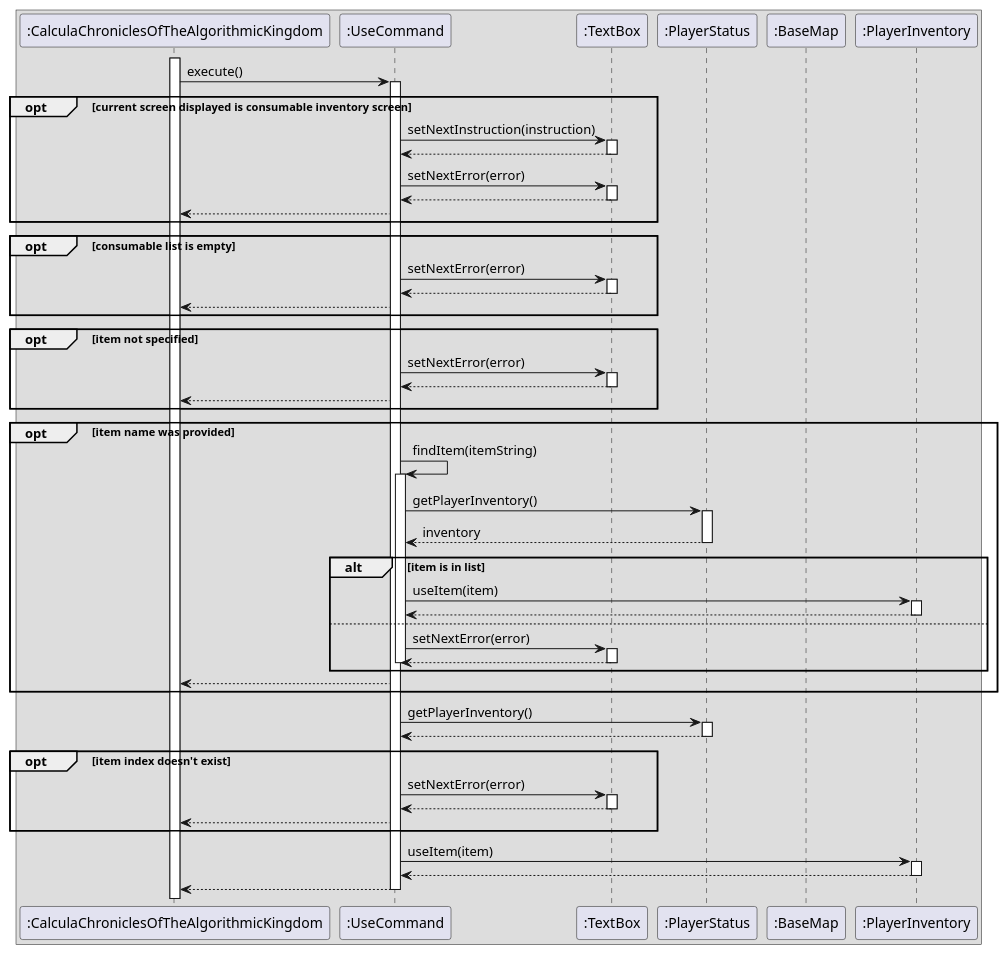
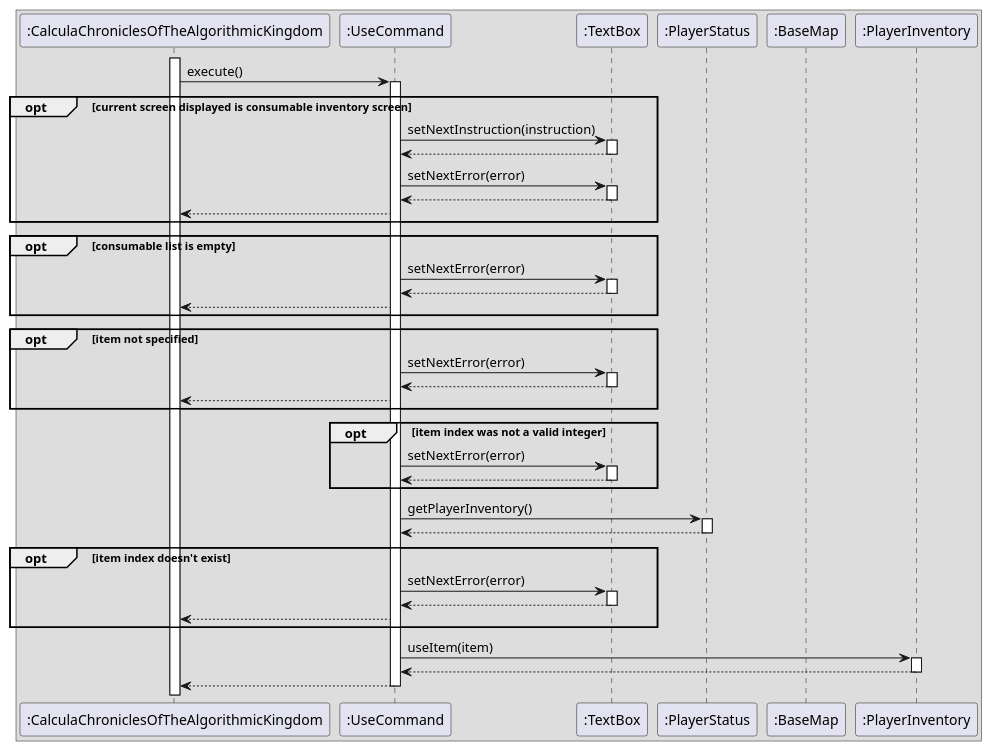
One commit to aaravrawal52/tp changed the diagram in graph/ItemUsage.puml. Above: the diagram before and after it, drawn with PlantUML. The commit also changed 22 other files, not shown here.

Commit message:
Simplify player inventory

```diff
--- a/graph/ItemUsage.puml
+++ b/graph/ItemUsage.puml
@@ -1,78 +1,62 @@
 @startuml
 box
 participant ":CalculaChroniclesOfTheAlgorithmicKingdom" as main
 participant ":UseCommand" as use
 participant ":TextBox" as text
 participant ":PlayerStatus" as status
 participant ":BaseMap" as map
 participant ":PlayerInventory" as inventory
 
 activate main
 main -> use : execute()
 activate use
 opt current screen displayed is consumable inventory screen
 use -> text : setNextInstruction(instruction)
 activate text
 text --> use
 deactivate text
 use -> text : setNextError(error)
 activate text
 text --> use
 deactivate text
 use --> main
 end
 opt consumable list is empty
 use -> text : setNextError(error)
 activate text
 text --> use
 deactivate text
 use --> main
 end
 opt item not specified
 use -> text : setNextError(error)
 activate text
 text --> use
 deactivate text
 use --> main
 end
-opt item name was provided
-use -> use : findItem(itemString)
-activate use
-use -> status : getPlayerInventory()
-activate status
-
-status --> use : inventory
-deactivate status
-alt item is in list
-use -> inventory : useItem(item)
-activate inventory
-inventory --> use
-deactivate inventory
-else
+opt item index was not a valid integer
 use -> text : setNextError(error)
 activate text
 text --> use
 deactivate text
-deactivate use
-end
-use --> main
 end
 use -> status : getPlayerInventory()
 activate status
 status --> use
 deactivate status
 opt item index doesn't exist
 use -> text : setNextError(error)
 activate text
 text --> use
 deactivate text
 use --> main
 end
 use -> inventory : useItem(item)
 activate inventory
 inventory --> use
 deactivate inventory
 use --> main
 deactivate use
 end box
 @enduml
```
